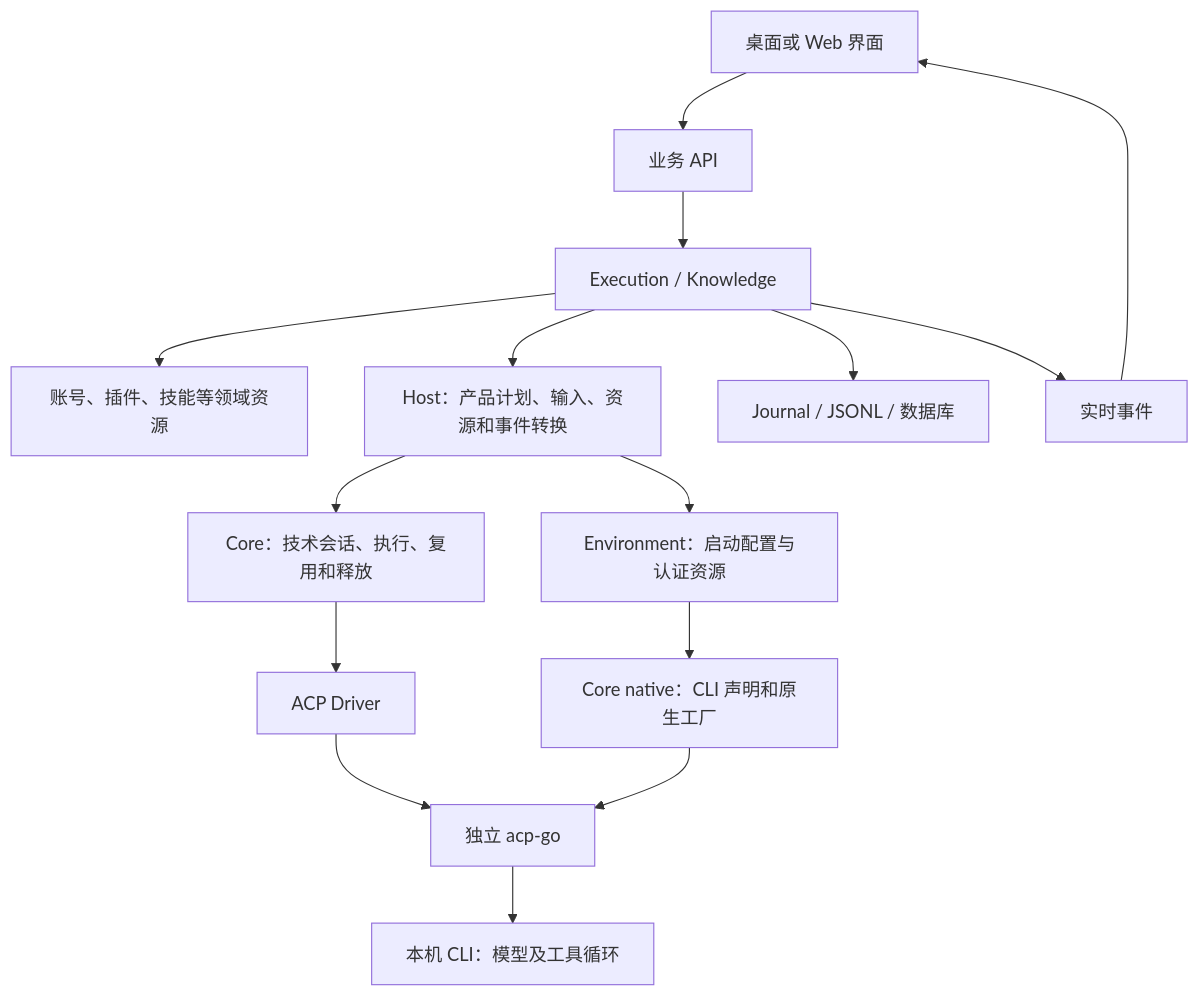
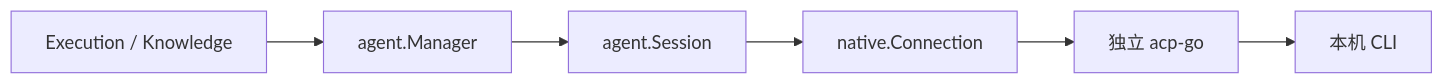
Before and after one commit to JieWaZi/NeuxBot: the diagram in server/internal/agent/README.md, drawn with Mermaid. The commit also changed other lines of this file and 13 other files, not shown here.

````diff
--- a/server/internal/agent/README.md
+++ b/server/internal/agent/README.md
@@ -7,17 +9,8 @@
 ```mermaid
-flowchart TB
-  UI[桌面或 Web 界面] --> API[业务 API]
-  API --> Business[Execution / Knowledge]
-  Business --> Domain[账号、插件、技能等领域资源]
-  Business --> Host[Host：产品计划、输入、资源和事件转换]
-  Host --> Core[Core：技术会话、执行、复用和释放]
-  Host --> Environment[Environment：启动配置与认证资源]
-  Environment --> Native[Core native：CLI 声明和原生工厂]
-  Core --> Driver[ACP Driver]
-  Driver --> ACP[独立 acp-go]
-  Native --> ACP
-  ACP --> CLI[本机 CLI：模型及工具循环]
-  Business --> Store[Journal / JSONL / 数据库]
-  Business --> Events[实时事件]
-  Events --> UI
+flowchart LR
+  Business[Execution / Knowledge] --> Manager[agent.Manager]
+  Manager --> Session[agent.Session]
+  Session --> Connection[native.Connection]
+  Connection --> ACP[独立 acp-go]
+  ACP --> CLI[本机 CLI]
 ```
````
